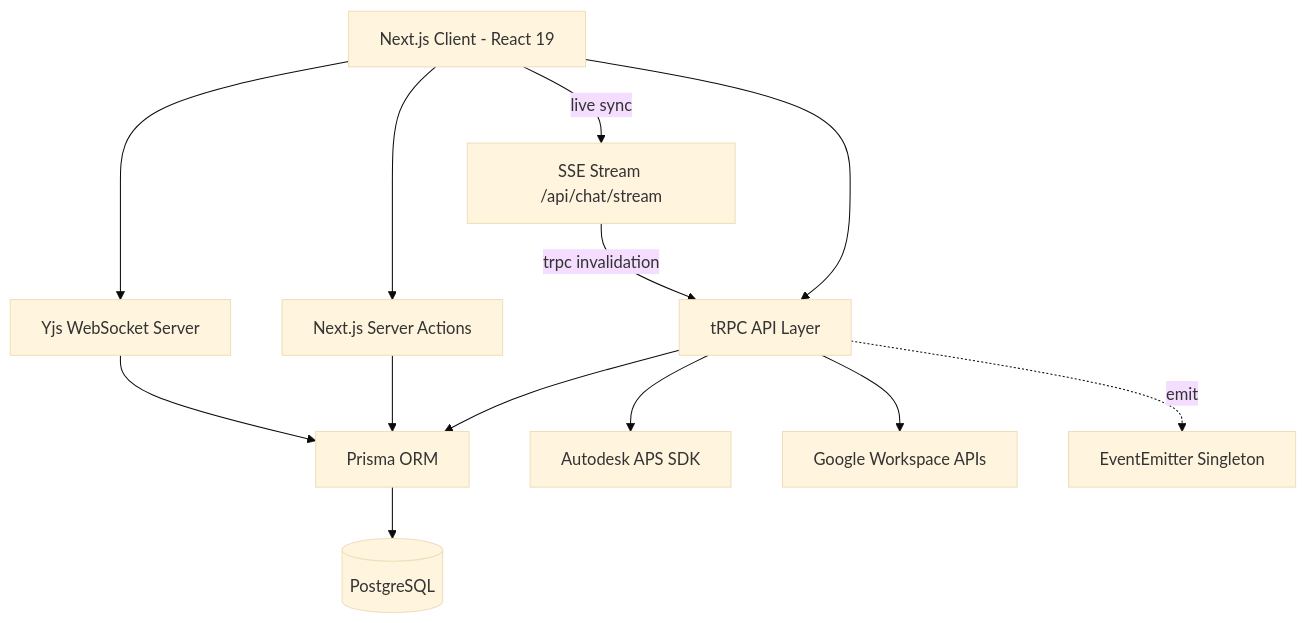
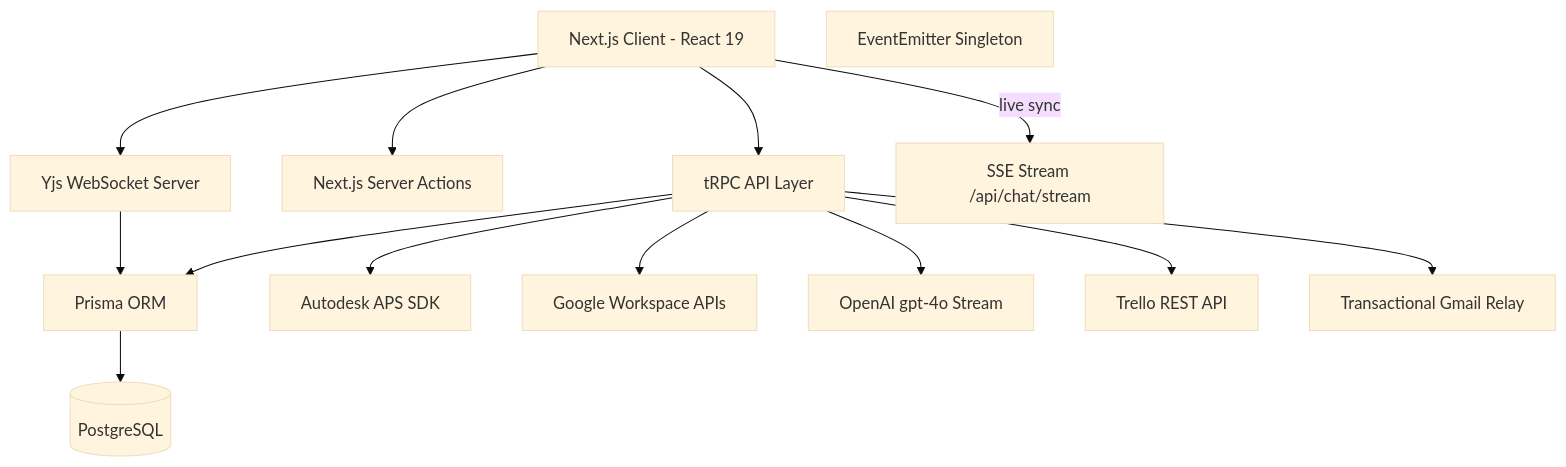
Before and after one commit to lecgarq/Dashboard: the diagram in .gsd/ARCHITECTURE.md, drawn with Mermaid (base theme). The commit also changed other lines of this file and 2 other files, not shown here.

````diff
--- a/.gsd/ARCHITECTURE.md
+++ b/.gsd/ARCHITECTURE.md
@@ -9,26 +9,29 @@
 ```mermaid
 graph TD
     Client[Next.js Client - React 19]
     TRPC[tRPC API Layer]
     Actions[Next.js Server Actions]
     Prisma[Prisma ORM]
     DB[(PostgreSQL)]
     APS[Autodesk APS SDK]
     Google[Google Workspace APIs]
     Yjs[Yjs WebSocket Server]
     Events[EventEmitter Singleton]
     SSE[SSE Stream /api/chat/stream]
+    AI[OpenAI gpt-4o Stream]
+    Trello[Trello REST API]
+    Resend[Transactional Gmail Relay]
 
     Client --> TRPC
     Client --> Actions
     Client --> Yjs
     Client -- live sync --> SSE
-    SSE -- trpc invalidation --> TRPC
     TRPC --> Prisma
-    Actions --> Prisma
-    Prisma --> DB
     TRPC --> APS
     TRPC --> Google
-    TRPC -. emit .-> Events
+    TRPC --> AI
+    TRPC --> Trello
+    TRPC --> Resend
+    Prisma --> DB
     Yjs --> Prisma
 ```
````
